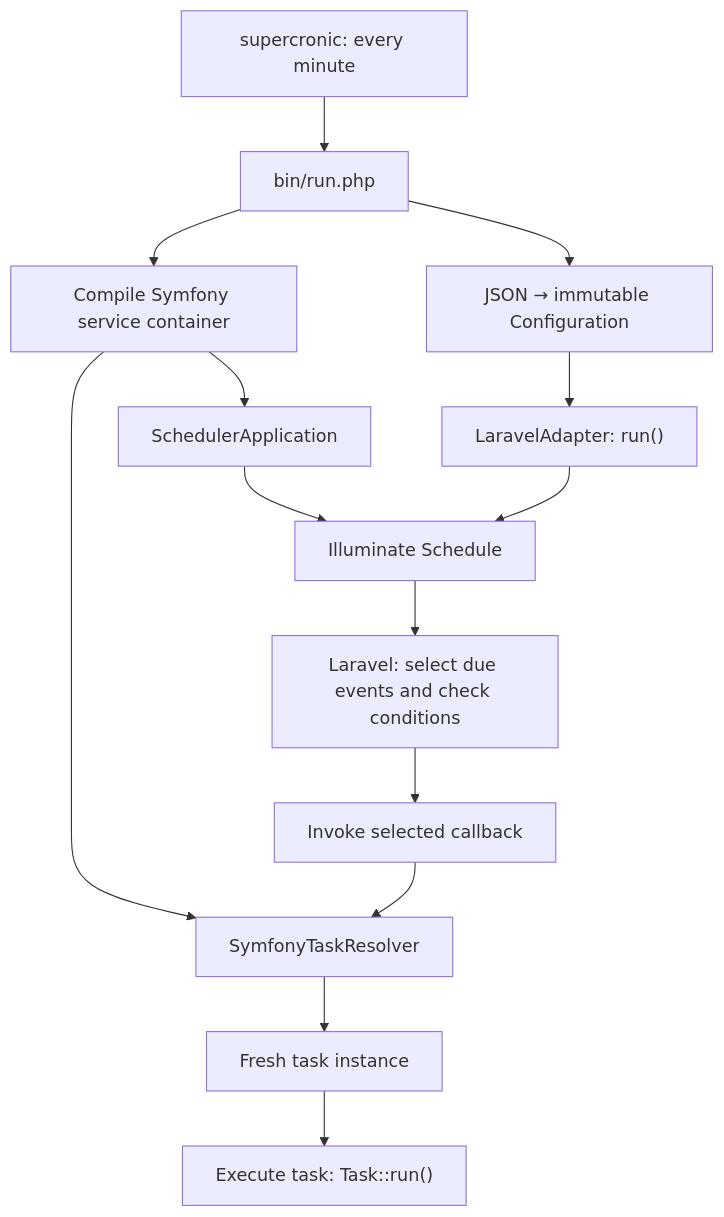
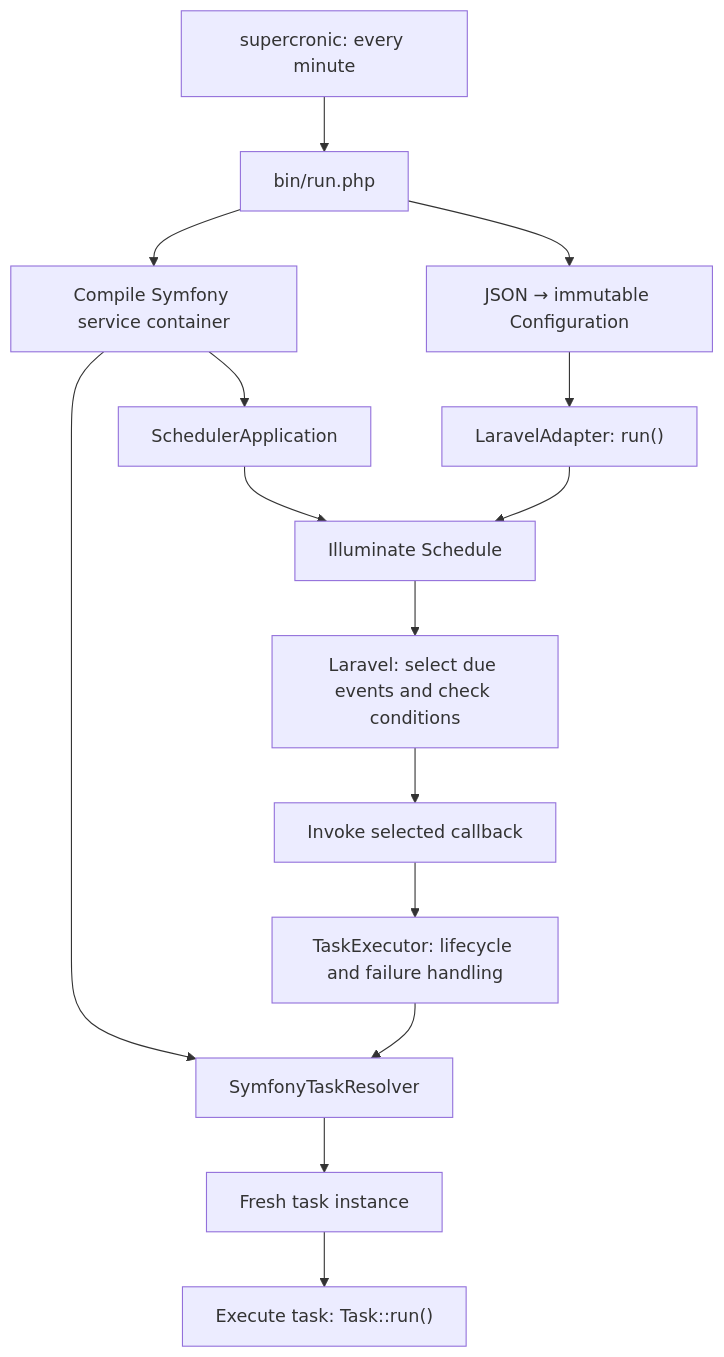
Before and after one commit to pupitooo/emorfiq-adapter: the diagram in docs/architecture.md, drawn with Mermaid. The commit also changed other lines of this file and 27 other files, not shown here.

Commit message:
Log task lifecycle and continue after execution failures (#8)

````diff
--- a/docs/architecture.md
+++ b/docs/architecture.md
@@ -9,16 +9,17 @@
 ```mermaid
 flowchart TD
     Cron["supercronic: every minute"] --> CLI["bin/run.php"]
     CLI --> Config["JSON → immutable Configuration"]
     CLI --> Container["Compile Symfony service container"]
     Config --> Adapter["LaravelAdapter: run()"]
     Container --> Resolver["SymfonyTaskResolver"]
     Container --> Context["SchedulerApplication"]
     Context --> Schedule["Illuminate Schedule"]
     Adapter --> Schedule
     Schedule --> Due["Laravel: select due events and check conditions"]
     Due --> Callback["Invoke selected callback"]
-    Callback --> Resolver
+    Callback --> Executor["TaskExecutor: lifecycle and failure handling"]
+    Executor --> Resolver
     Resolver --> Task["Fresh task instance"]
     Task --> Execution["Execute task: Task::run()"]
 ```
````
